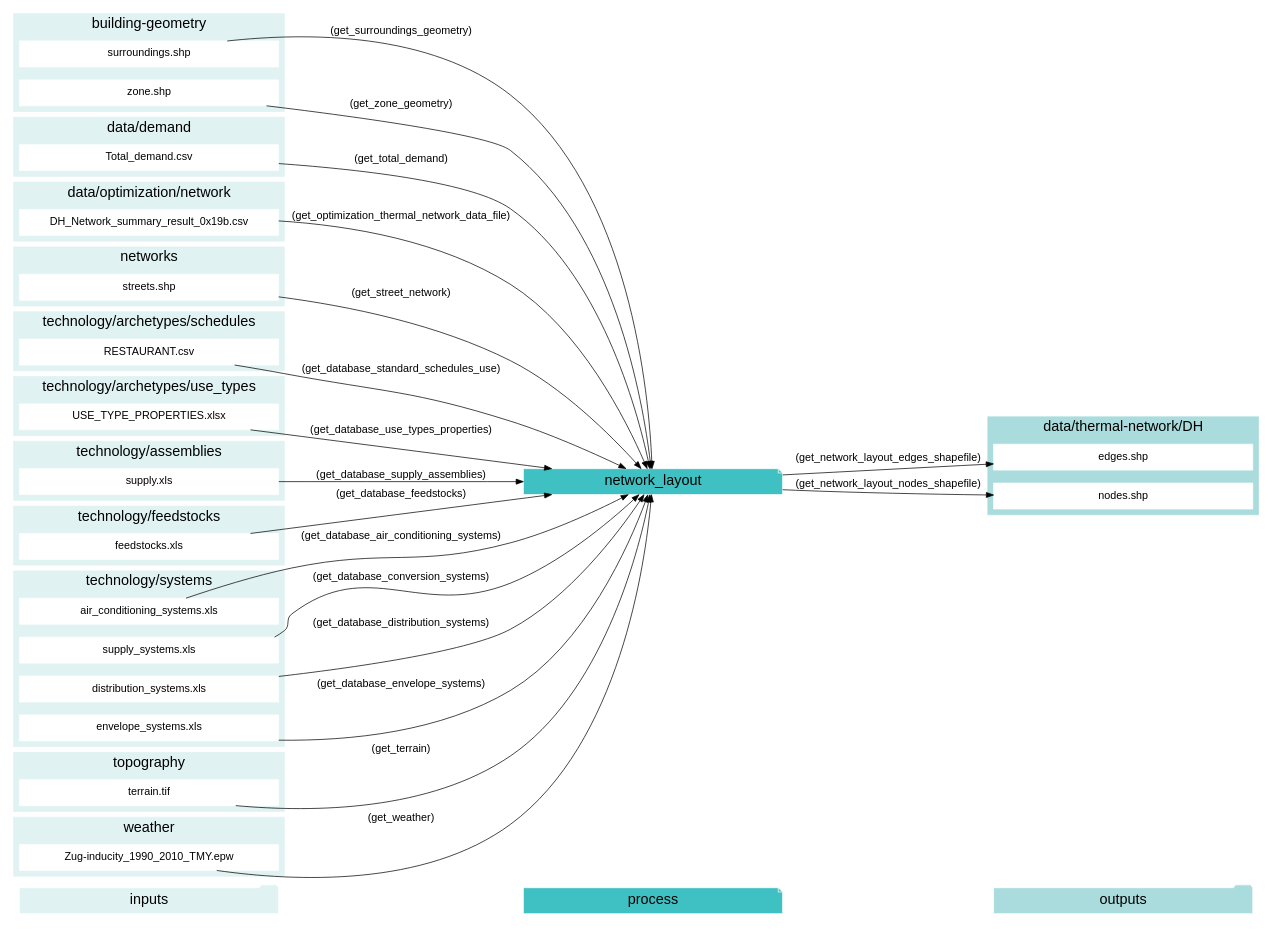
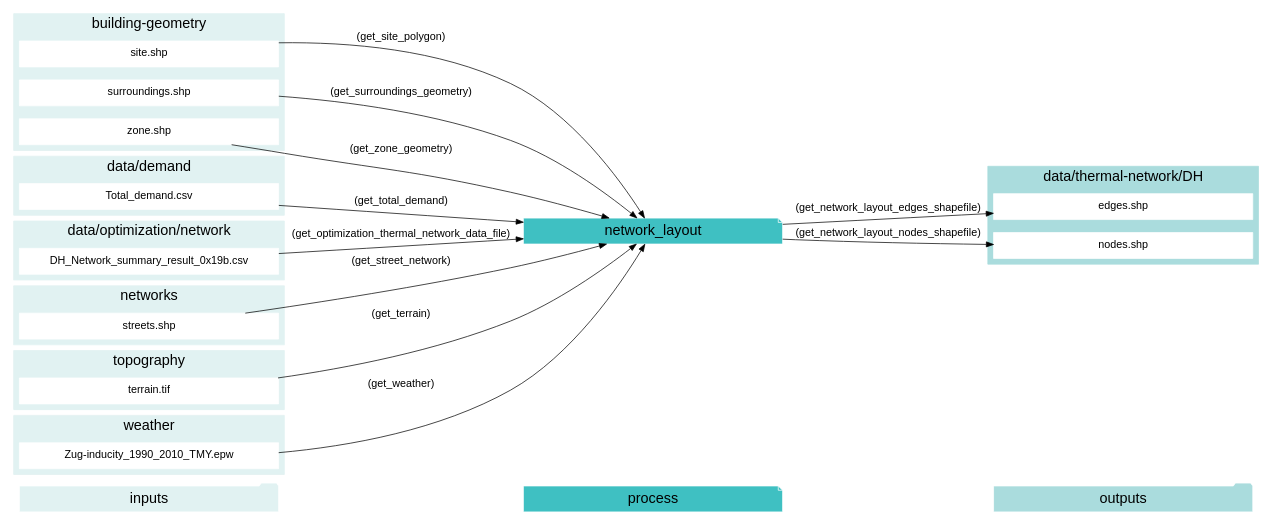
Before and after one commit to architecture-building-systems/CityEnergyAnalyst: the diagram in docs/graphviz/network_layout.gv, drawn with Graphviz. The commit also changed 24 other files, not shown here.

```diff
--- a/docs/graphviz/network_layout.gv
+++ b/docs/graphviz/network_layout.gv
@@ -1,135 +1,86 @@
 digraph trace_inputlocator {
     rankdir="LR";
     graph [overlap=false, fontname=arial];
     node [shape=box, style=filled, color=white, fontsize=15, fontname=arial, fixedsize=true, width=5];
     edge [fontname=arial, fontsize = 15]
     newrank=true
     subgraph cluster_legend {
     fontsize=25
     style=invis
     "process"[style=filled, fillcolor="#3FC0C2", shape=note, fontsize=20, fontname="arial"]
     "inputs" [style=filled, shape=folder, color=white, fillcolor="#E1F2F2", fontsize=20]
     "outputs"[style=filled, shape=folder, color=white, fillcolor="#aadcdd", fontsize=20]
     "inputs"->"process"[style=invis]
     "process"->"outputs"[style=invis]
     }
     "network_layout"[style=filled, color=white, fillcolor="#3FC0C2", shape=note, fontsize=20, fontname=arial];
     subgraph cluster_0_in {
         style = filled;
         color = "#E1F2F2";
         fontsize = 20;
         rank=same;
         label="building-geometry";
+        "site.shp"
         "surroundings.shp"
         "zone.shp"
     }
     subgraph cluster_1_in {
         style = filled;
         color = "#E1F2F2";
         fontsize = 20;
         rank=same;
         label="data/demand";
         "Total_demand.csv"
     }
     subgraph cluster_2_in {
         style = filled;
         color = "#E1F2F2";
         fontsize = 20;
         rank=same;
         label="data/optimization/network";
         "DH_Network_summary_result_0x19b.csv"
     }
     subgraph cluster_3_out {
         style = filled;
         color = "#aadcdd";
         fontsize = 20;
         rank=same;
         label="data/thermal-network/DH";
         "edges.shp"
         "nodes.shp"
     }
     subgraph cluster_4_in {
         style = filled;
         color = "#E1F2F2";
         fontsize = 20;
         rank=same;
         label="networks";
         "streets.shp"
     }
     subgraph cluster_5_in {
         style = filled;
         color = "#E1F2F2";
         fontsize = 20;
         rank=same;
-        label="technology/archetypes/schedules";
-        "RESTAURANT.csv"
-    }
-    subgraph cluster_6_in {
-        style = filled;
-        color = "#E1F2F2";
-        fontsize = 20;
-        rank=same;
-        label="technology/archetypes/use_types";
-        "USE_TYPE_PROPERTIES.xlsx"
-    }
-    subgraph cluster_7_in {
-        style = filled;
-        color = "#E1F2F2";
-        fontsize = 20;
-        rank=same;
-        label="technology/assemblies";
-        "supply.xls"
-    }
-    subgraph cluster_8_in {
-        style = filled;
-        color = "#E1F2F2";
-        fontsize = 20;
-        rank=same;
-        label="technology/feedstocks";
-        "feedstocks.xls"
-    }
-    subgraph cluster_9_in {
-        style = filled;
-        color = "#E1F2F2";
-        fontsize = 20;
-        rank=same;
-        label="technology/systems";
-        "air_conditioning_systems.xls"
-        "supply_systems.xls"
-        "distribution_systems.xls"
-        "envelope_systems.xls"
-    }
-    subgraph cluster_10_in {
-        style = filled;
-        color = "#E1F2F2";
-        fontsize = 20;
-        rank=same;
         label="topography";
         "terrain.tif"
     }
-    subgraph cluster_11_in {
+    subgraph cluster_6_in {
         style = filled;
         color = "#E1F2F2";
         fontsize = 20;
         rank=same;
         label="weather";
         "Zug-inducity_1990_2010_TMY.epw"
     }
-    "air_conditioning_systems.xls" -> "network_layout"[label="(get_database_air_conditioning_systems)"]
-    "supply_systems.xls" -> "network_layout"[label="(get_database_conversion_systems)"]
-    "distribution_systems.xls" -> "network_layout"[label="(get_database_distribution_systems)"]
-    "envelope_systems.xls" -> "network_layout"[label="(get_database_envelope_systems)"]
-    "feedstocks.xls" -> "network_layout"[label="(get_database_feedstocks)"]
-    "RESTAURANT.csv" -> "network_layout"[label="(get_database_standard_schedules_use)"]
-    "supply.xls" -> "network_layout"[label="(get_database_supply_assemblies)"]
-    "USE_TYPE_PROPERTIES.xlsx" -> "network_layout"[label="(get_database_use_types_properties)"]
     "DH_Network_summary_result_0x19b.csv" -> "network_layout"[label="(get_optimization_thermal_network_data_file)"]
+    "site.shp" -> "network_layout"[label="(get_site_polygon)"]
     "streets.shp" -> "network_layout"[label="(get_street_network)"]
     "surroundings.shp" -> "network_layout"[label="(get_surroundings_geometry)"]
     "terrain.tif" -> "network_layout"[label="(get_terrain)"]
     "Total_demand.csv" -> "network_layout"[label="(get_total_demand)"]
     "Zug-inducity_1990_2010_TMY.epw" -> "network_layout"[label="(get_weather)"]
     "zone.shp" -> "network_layout"[label="(get_zone_geometry)"]
     "network_layout" -> "edges.shp"[label="(get_network_layout_edges_shapefile)"]
     "network_layout" -> "nodes.shp"[label="(get_network_layout_nodes_shapefile)"]
     }
```
